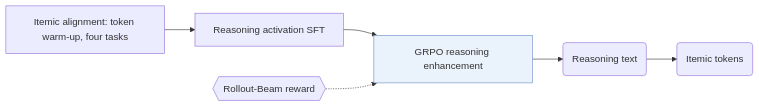
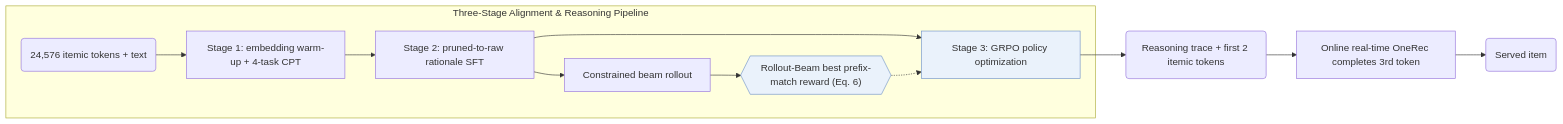
One commit to Galaxy-ghost/Awesome-SID-Generative-Rec changed the first of 2 diagrams in notes/onerec-think.md. Above: the diagram before and after it, drawn with Mermaid. The commit also changed other lines of this file and 649 other files, not shown here.

Commit message:
writer-05: also tags and modality index (schema, check, build, visuals); summary field removed; calibration data for 12 papers

````diff
--- a/notes/onerec-think.md
+++ b/notes/onerec-think.md
@@ -14,9 +14,14 @@
 ```mermaid
 flowchart LR
-    A["Itemic alignment: token warm-up, four tasks"] --> B["Reasoning activation SFT"]
-    B --> C["GRPO reasoning enhancement"]:::key
-    L1{{"Rollout-Beam reward"}} -.-> C
-    C --> D("Reasoning text")
-    D --> E("Itemic tokens")
+    subgraph Train["Three-Stage Alignment & Reasoning Pipeline"]
+        A("24,576 itemic tokens + text") --> W["Stage 1: embedding warm-up + 4-task CPT"]
+        W --> S["Stage 2: pruned-to-raw rationale SFT"]
+        S --> R["Stage 3: GRPO policy optimization"]:::key
+        S --> CB["Constrained beam rollout"]
+        CB --> L1{{"Rollout-Beam best prefix-match reward (Eq. 6)"}}:::key
+        L1 -.-> R
+    end
+    R --> CoT("Reasoning trace + first 2 itemic tokens")
+    CoT --> Online["Online real-time OneRec completes 3rd token"] --> Out("Served item")
     classDef key fill:#eaf2fb,stroke:#6b8fc7
 ```
````
